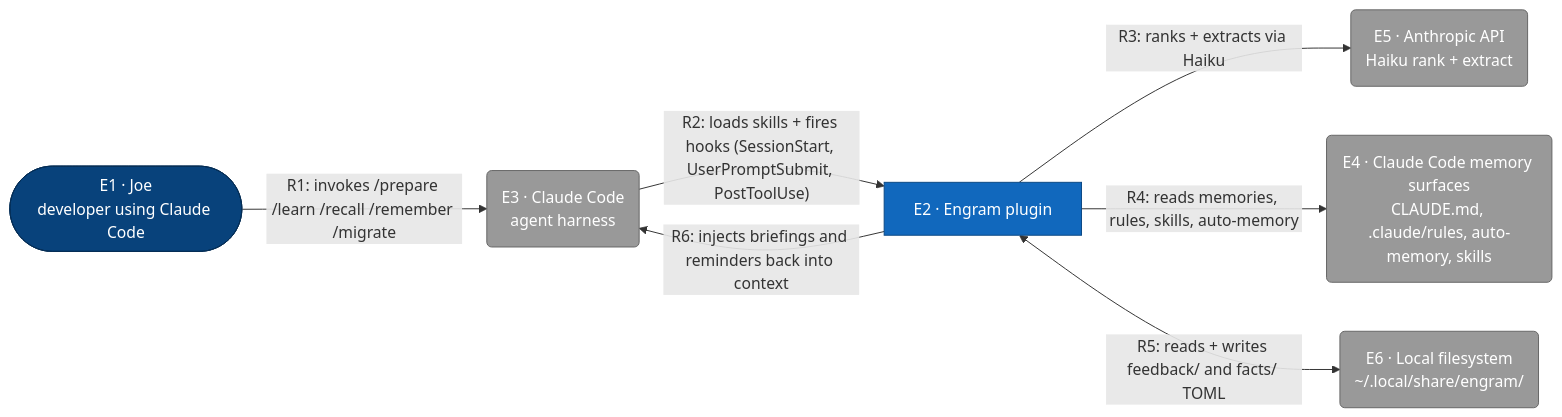
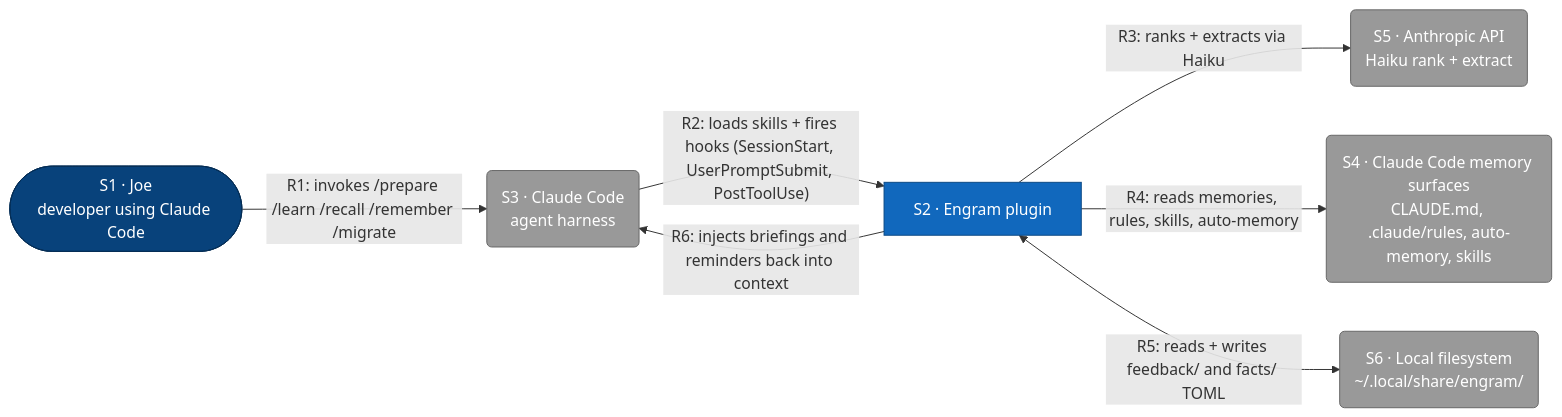
The diagram in dev/testdata/c4/valid_l1.md (toejough/engram), drawn with Mermaid before and after one commit. The commit also changed other lines of this file and 18 other files, not shown here.

````diff
--- a/dev/testdata/c4/valid_l1.md
+++ b/dev/testdata/c4/valid_l1.md
@@ -15,31 +15,31 @@
 ```mermaid
 flowchart LR
     classDef person      fill:#08427b,stroke:#052e56,color:#fff
     classDef external    fill:#999,   stroke:#666,   color:#fff
     classDef container   fill:#1168bd,stroke:#0b4884,color:#fff
 
-    e1([E1 · Joe<br/>developer using Claude Code])
-    e2[E2 · Engram plugin]
-    e3(E3 · Claude Code<br/>agent harness)
-    e4(E4 · Claude Code memory surfaces<br/>CLAUDE.md, .claude/rules, auto-memory, skills)
-    e5(E5 · Anthropic API<br/>Haiku rank + extract)
-    e6(E6 · Local filesystem<br/>~/.local/share/engram/)
+    s1([S1 · Joe<br/>developer using Claude Code])
+    s2[S2 · Engram plugin]
+    s3(S3 · Claude Code<br/>agent harness)
+    s4(S4 · Claude Code memory surfaces<br/>CLAUDE.md, .claude/rules, auto-memory, skills)
+    s5(S5 · Anthropic API<br/>Haiku rank + extract)
+    s6(S6 · Local filesystem<br/>~/.local/share/engram/)
 
-    e1 -->|"R1: invokes /prepare /learn /recall /remember /migrate"| e3
-    e3 -->|"R2: loads skills + fires hooks (SessionStart, UserPromptSubmit, PostToolUse)"| e2
-    e2 -->|"R3: ranks + extracts via Haiku"| e5
-    e2 -->|"R4: reads memories, rules, skills, auto-memory"| e4
-    e2 <-->|"R5: reads + writes feedback/ and facts/ TOML"| e6
-    e2 -->|"R6: injects briefings and reminders back into context"| e3
+    s1 -->|"R1: invokes /prepare /learn /recall /remember /migrate"| s3
+    s3 -->|"R2: loads skills + fires hooks (SessionStart, UserPromptSubmit, PostToolUse)"| s2
+    s2 -->|"R3: ranks + extracts via Haiku"| s5
+    s2 -->|"R4: reads memories, rules, skills, auto-memory"| s4
+    s2 <-->|"R5: reads + writes feedback/ and facts/ TOML"| s6
+    s2 -->|"R6: injects briefings and reminders back into context"| s3
 
-    class e1 person
-    class e3,e4,e5,e6 external
-    class e2 container
+    class s1 person
+    class s3,s4,s5,s6 external
+    class s2 container
 
-    click e1 href "#e1-joe" "Joe"
-    click e2 href "#e2-engram-plugin" "Engram plugin"
-    click e3 href "#e3-claude-code" "Claude Code"
-    click e4 href "#e4-claude-code-memory-surfaces" "Claude Code memory surfaces"
-    click e5 href "#e5-anthropic-api" "Anthropic API"
-    click e6 href "#e6-local-filesystem" "Local filesystem"
+    click s1 href "#s1-joe" "Joe"
+    click s2 href "#s2-engram-plugin" "Engram plugin"
+    click s3 href "#s3-claude-code" "Claude Code"
+    click s4 href "#s4-claude-code-memory-surfaces" "Claude Code memory surfaces"
+    click s5 href "#s5-anthropic-api" "Anthropic API"
+    click s6 href "#s6-local-filesystem" "Local filesystem"
 ```
````
